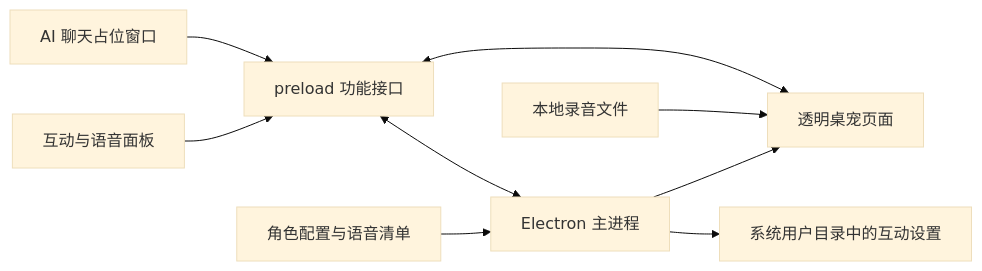
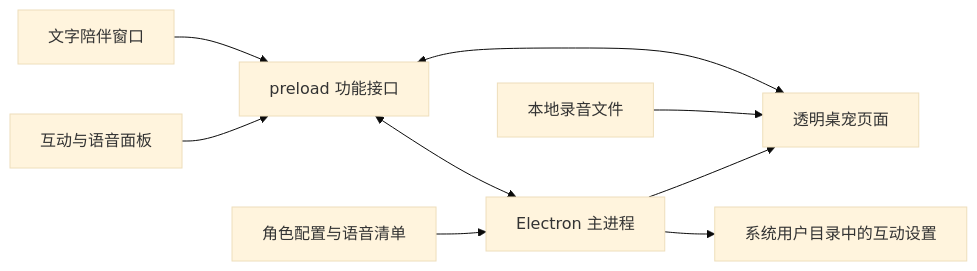
One commit to K1Ta-Ynni/lanxiaomei-desktop-pet changed the diagram in ARCHITECTURE.md. Above: the diagram before and after it, drawn with Mermaid (base theme). The commit also changed other lines of this file and 55 other files, not shown here.

````diff
--- a/ARCHITECTURE.md
+++ b/ARCHITECTURE.md
@@ -5,11 +5,11 @@
 ```mermaid
 flowchart LR
   S[互动与语音面板] --> B[preload 功能接口]
   P[透明桌宠页面] <--> B
-  C[AI 聊天占位窗口] --> B
+  C[文字陪伴窗口] --> B
   B <--> M[Electron 主进程]
   F[角色配置与语音清单] --> M
   M --> D[系统用户目录中的互动设置]
   M --> P
   V[本地录音文件] --> P
 ```
````
